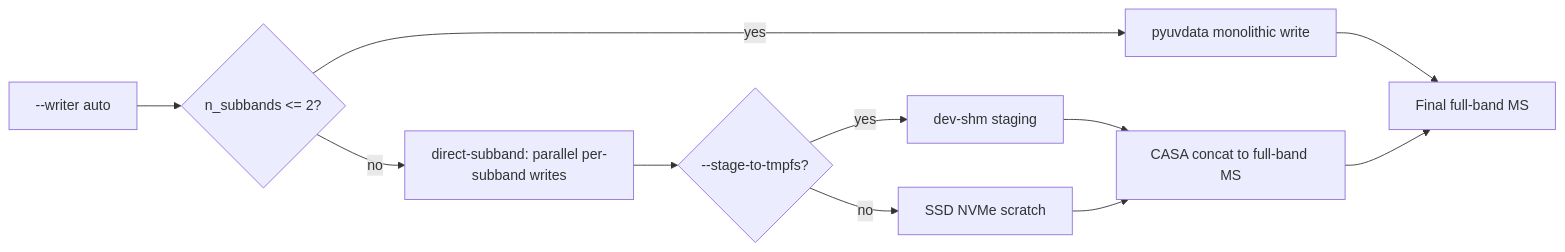
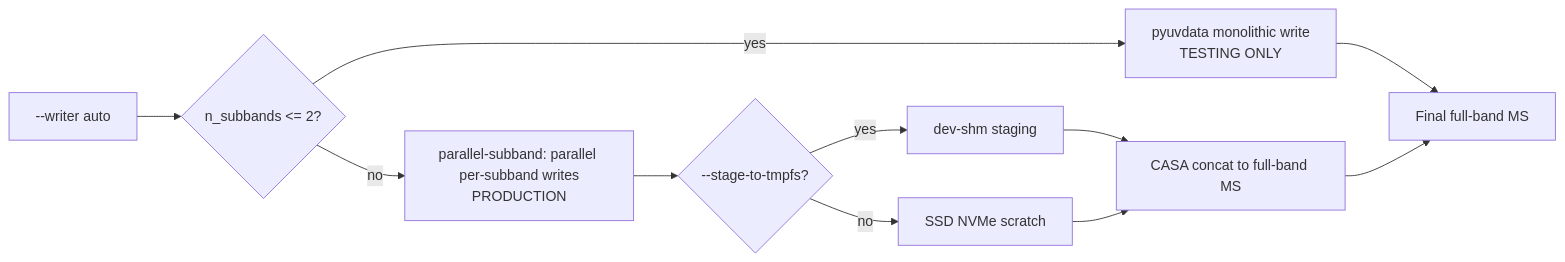
The second of 4 diagrams in docs/pipeline.md (dsa110/dsa110-contimg), drawn with Mermaid before and after one commit. The commit also changed other lines of this file and 83 other files, not shown here.

````diff
--- a/docs/pipeline.md
+++ b/docs/pipeline.md
@@ -28,13 +28,13 @@
 ```mermaid
 flowchart LR
   Auto[--writer auto] --> N{n_subbands <= 2?}
-  N -->|yes| Mono[pyuvdata monolithic write]
-  N -->|no| Par[direct-subband: parallel per-subband writes]
+  N -->|yes| Mono[pyuvdata monolithic write<br/>TESTING ONLY]
+  N -->|no| Par[parallel-subband: parallel per-subband writes<br/>PRODUCTION]
   Par --> Stage{--stage-to-tmpfs?}
   Stage -->|yes| Tmp[dev-shm staging]
   Stage -->|no| Disk[SSD NVMe scratch]
   Tmp --> Concat[CASA concat to full-band MS]
   Disk --> Concat
   Mono --> MS[Final full-band MS]
   Concat --> MS
 ```
````
